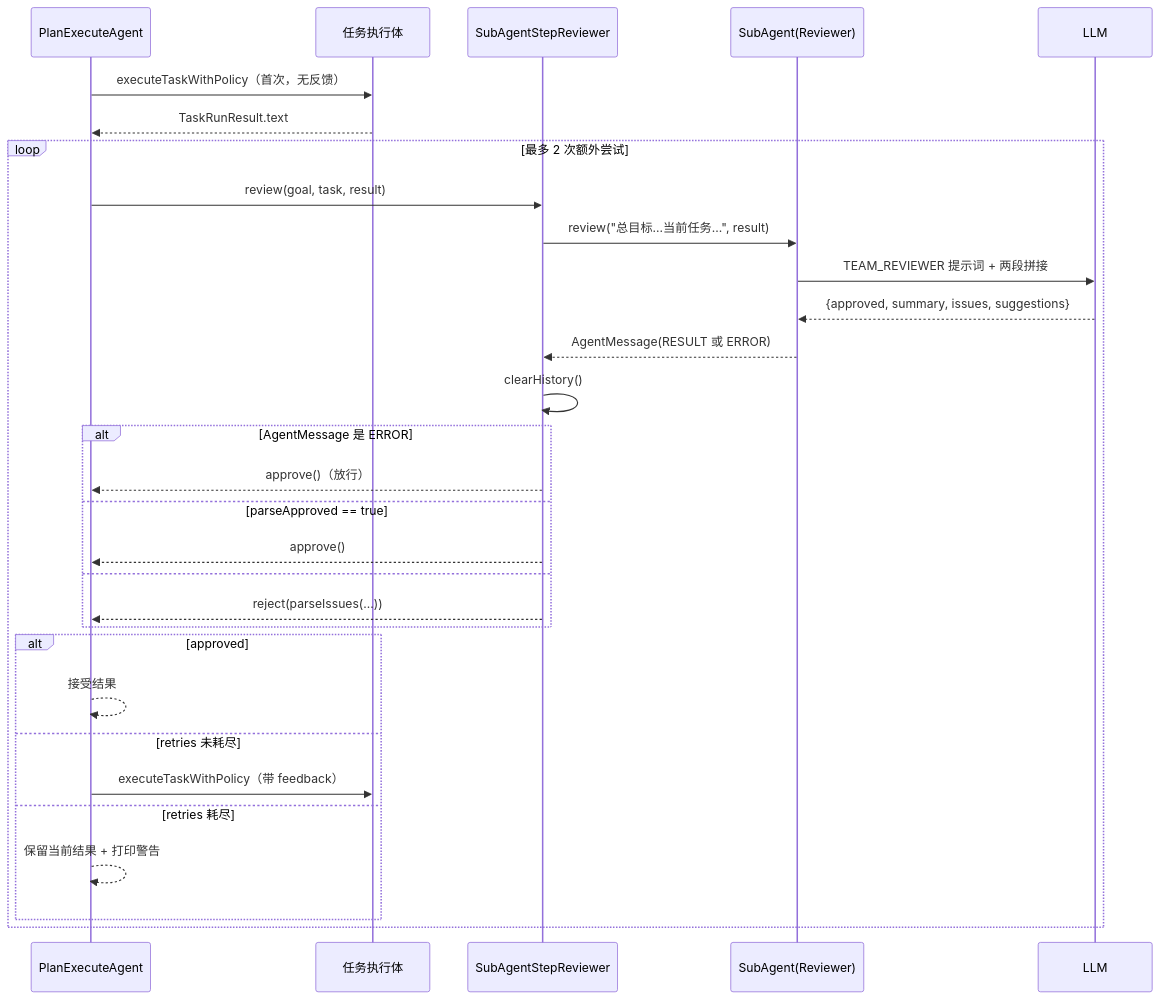
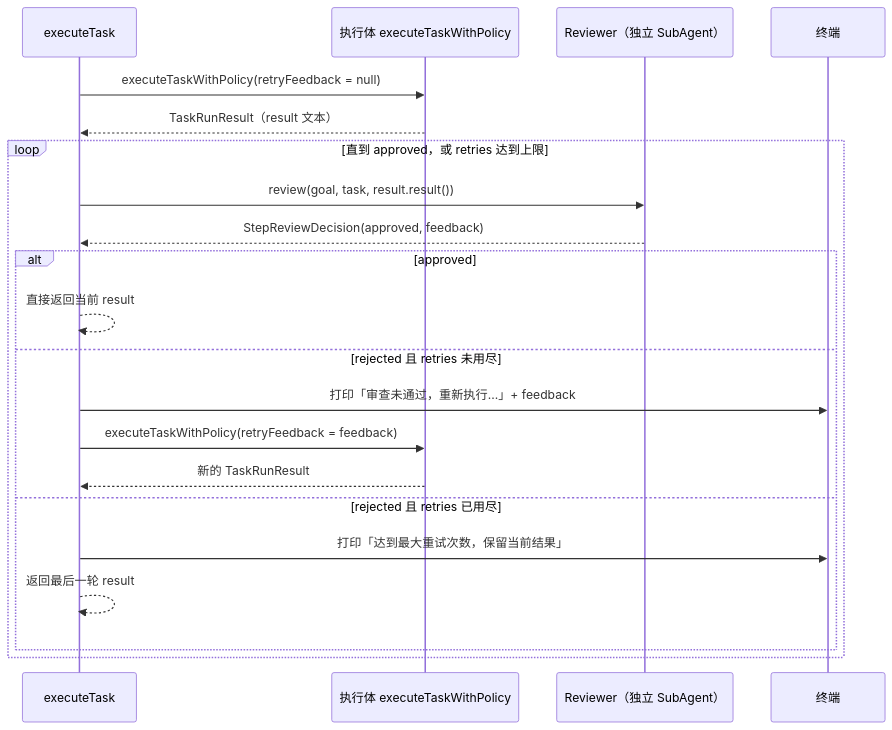
One commit to zgjdev/Code-Agent changed the seventh of 14 diagrams in docs/dev/03-multi-agent-collaboration.md. Above: the diagram before and after it, drawn with Mermaid. The commit also changed other lines of this file and 8 other files, not shown here.

````diff
--- a/docs/dev/03-multi-agent-collaboration.md
+++ b/docs/dev/03-multi-agent-collaboration.md
@@ -436,33 +1000,23 @@
 ```mermaid
 sequenceDiagram
-    participant P as PlanExecuteAgent
-    participant X as 任务执行体
-    participant R as SubAgentStepReviewer
-    participant S as SubAgent(Reviewer)
-    participant L as LLM
-
-    P->>X: executeTaskWithPolicy（首次，无反馈）
-    X-->>P: TaskRunResult.text
-    loop 最多 2 次额外尝试
-        P->>R: review(goal, task, result)
-        R->>S: review("总目标…当前任务…", result)
-        S->>L: TEAM_REVIEWER 提示词 + 两段拼接
-        L-->>S: {approved, summary, issues, suggestions}
-        S-->>R: AgentMessage(RESULT 或 ERROR)
-        R->>R: clearHistory()
-        alt AgentMessage 是 ERROR
-            R-->>P: approve()（放行）
-        else parseApproved == true
-            R-->>P: approve()
-        else
-            R-->>P: reject(parseIssues(...))
-        end
+    participant D as executeTask
+    participant W as 执行体 executeTaskWithPolicy
+    participant R as Reviewer（独立 SubAgent）
+    participant T as 终端
+    D->>W: executeTaskWithPolicy(retryFeedback = null)
+    W-->>D: TaskRunResult（result 文本）
+    loop 直到 approved，或 retries 达到上限
+        D->>R: review(goal, task, result.result())
+        R-->>D: StepReviewDecision(approved, feedback)
         alt approved
-            P-->>P: 接受结果
-        else retries 未耗尽
-            P->>X: executeTaskWithPolicy（带 feedback）
-        else retries 耗尽
-            P-->>P: 保留当前结果 + 打印警告
+            D-->>D: 直接返回当前 result
+        else rejected 且 retries 未用尽
+            D->>T: 打印「审查未通过，重新执行...」+ feedback
+            D->>W: executeTaskWithPolicy(retryFeedback = feedback)
+            W-->>D: 新的 TaskRunResult
+        else rejected 且 retries 已用尽
+            D->>T: 打印「达到最大重试次数，保留当前结果」
+            D-->>D: 返回最后一轮 result
         end
     end
 ```
````
